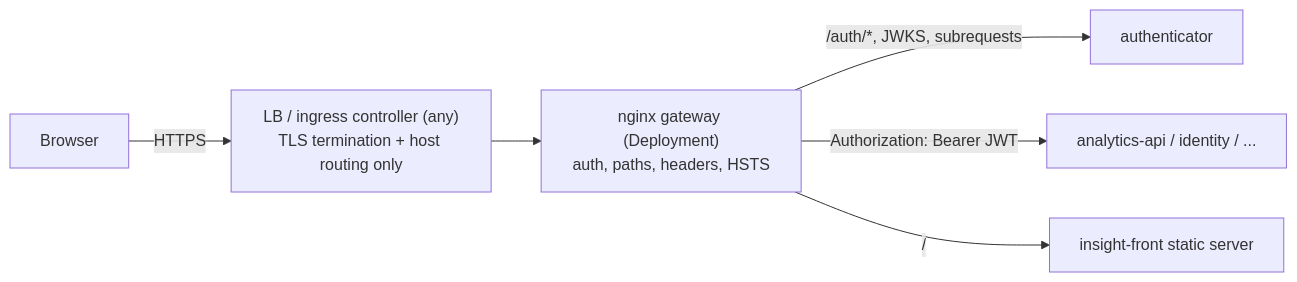
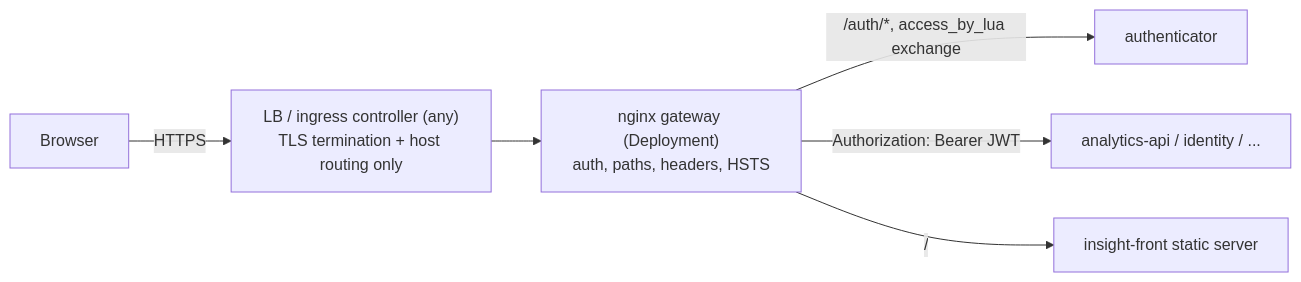
One commit to cyberantonz/insight changed the first of 3 diagrams in docs/components/backend/gateway/DESIGN.md. Above: the diagram before and after it, drawn with Mermaid. The commit also changed other lines of this file and 42 other files, not shown here.

````diff
--- a/docs/components/backend/gateway/DESIGN.md
+++ b/docs/components/backend/gateway/DESIGN.md
@@ -95,8 +95,8 @@
 ```mermaid
 graph LR
     B[Browser] -->|HTTPS| ING["LB / ingress controller (any)<br/>TLS termination + host routing only"]
     ING --> GW["nginx gateway (Deployment)<br/>auth, paths, headers, HSTS"]
-    GW -->|/auth/*, JWKS, subrequests| AUTH[authenticator]
+    GW -->|/auth/*, access_by_lua exchange| AUTH[authenticator]
     GW -->|"Authorization: Bearer JWT"| DS[analytics-api / identity / ...]
     GW -->|/| SPA[insight-front static server]
 ```
````
